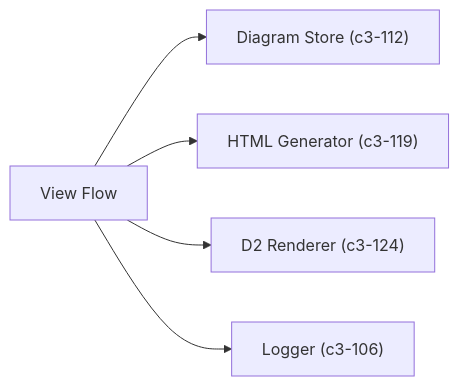
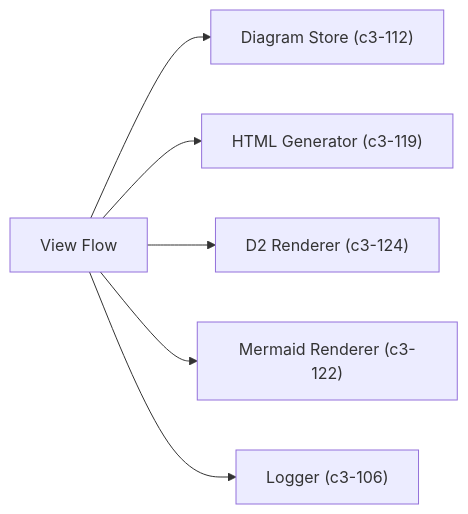
One commit to lagz0ne/diashort changed the first of 2 diagrams in .c3/c3-1-api-server/c3-116-view-flow.md. Above: the diagram before and after it, drawn with Mermaid. The commit also changed other lines of this file and 11 other files, not shown here.

First line of the commit message:
feat: move mermaid viewer and diff to server-side rendering

````diff
--- a/.c3/c3-1-api-server/c3-116-view-flow.md
+++ b/.c3/c3-1-api-server/c3-116-view-flow.md
@@ -17,7 +17,8 @@
 ```mermaid
 graph LR
     ViewFlow["View Flow"] --> DiagramStore["Diagram Store (c3-112)"]
     ViewFlow --> HTMLGen["HTML Generator (c3-119)"]
     ViewFlow --> D2Renderer["D2 Renderer (c3-124)"]
+    ViewFlow --> MermaidRenderer["Mermaid Renderer (c3-122)"]
     ViewFlow --> Logger["Logger (c3-106)"]
 ```
````
